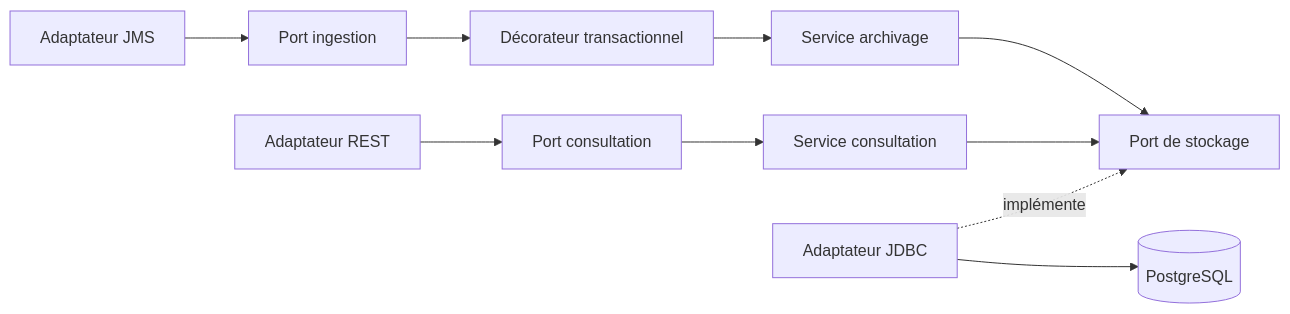
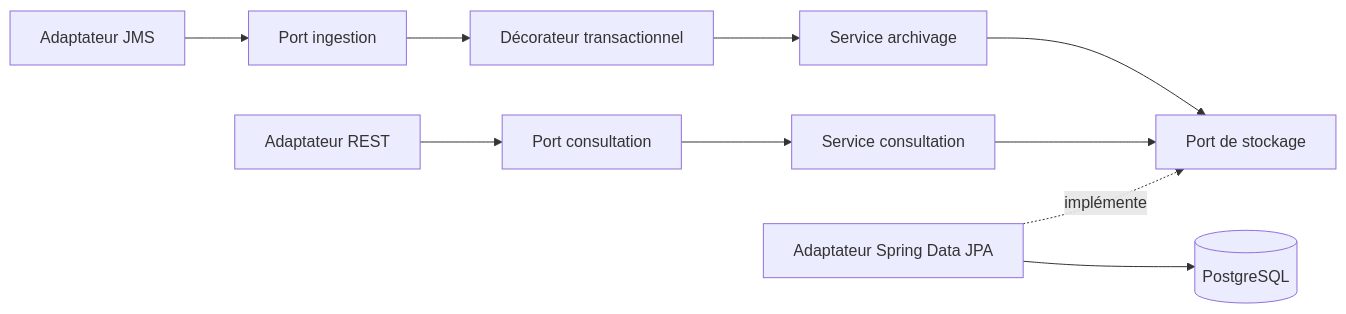
Before and after one commit to elmansouriMed/testProjetELMANSOURI: the diagram in docs/architecture.md, drawn with Mermaid. The commit also changed other lines of this file and 43 other files, not shown here.

````diff
--- a/docs/architecture.md
+++ b/docs/architecture.md
@@ -57,12 +61,12 @@
 ```mermaid
 flowchart LR
   MQ[Adaptateur JMS] --> Ingest[Port ingestion]
   REST[Adaptateur REST] --> Consult[Port consultation]
   Ingest --> TX[Décorateur transactionnel]
   TX --> Archive[Service archivage]
   Consult --> Query[Service consultation]
   Archive --> Port[Port de stockage]
   Query --> Port
-  JDBC[Adaptateur JDBC] -. implémente .-> Port
-  JDBC --> DB[(PostgreSQL)]
+  JPA[Adaptateur Spring Data JPA] -. implémente .-> Port
+  JPA --> DB[(PostgreSQL)]
 ```
````
